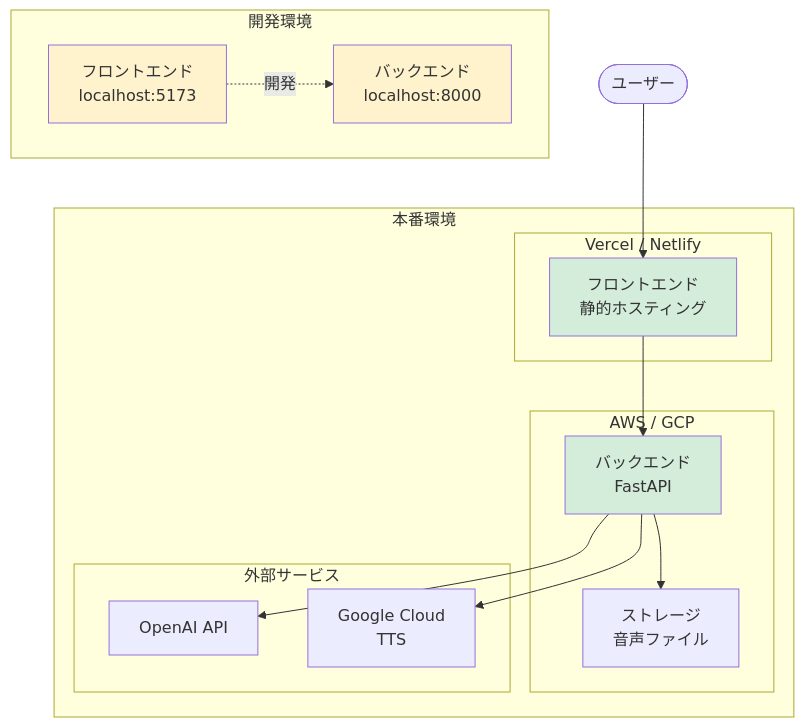
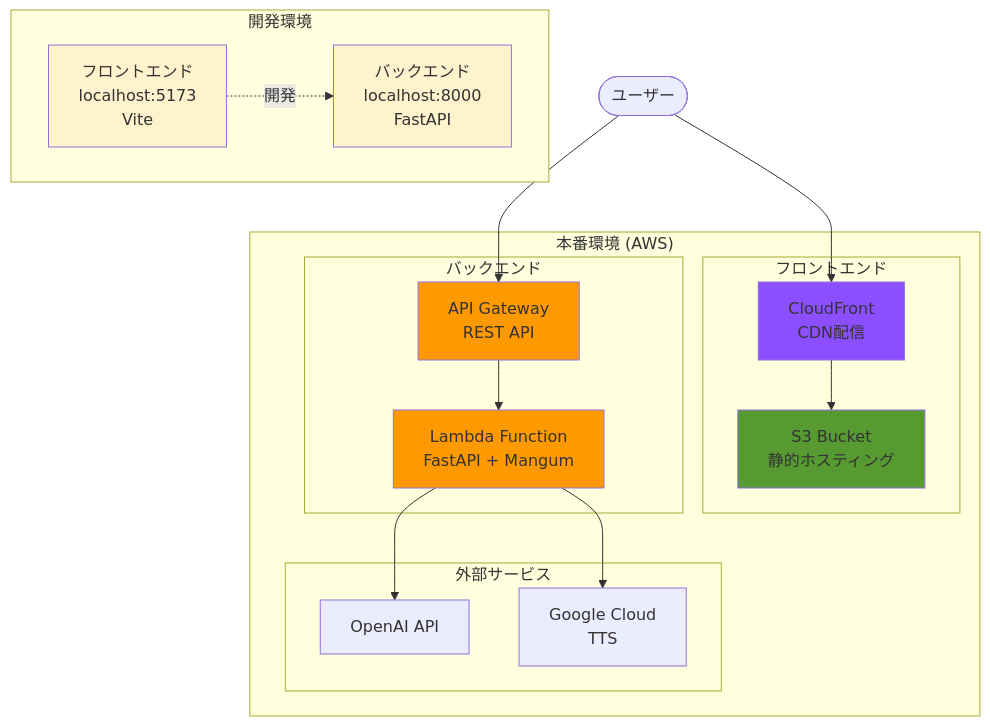
The first of 2 diagrams in document/14-デプロイメント.md (bucq/ai-avater), drawn with Mermaid before and after one commit. The commit also changed other lines of this file and 49 other files, not shown here.

````diff
--- a/document/14-デプロイメント.md
+++ b/document/14-デプロイメント.md
@@ -9,36 +9,40 @@
 ```mermaid
 graph TB
     subgraph "開発環境"
-        DevFE[フロントエンド<br/>localhost:5173]
-        DevBE[バックエンド<br/>localhost:8000]
+        DevFE[フロントエンド<br/>localhost:5173<br/>Vite]
+        DevBE[バックエンド<br/>localhost:8000<br/>FastAPI]
     end
-    
-    subgraph "本番環境"
-        subgraph "Vercel / Netlify"
-            ProdFE[フロントエンド<br/>静的ホスティング]
+
+    subgraph "本番環境 (AWS)"
+        subgraph "フロントエンド"
+            S3[S3 Bucket<br/>静的ホスティング]
+            CF[CloudFront<br/>CDN配信]
         end
-        
-        subgraph "AWS / GCP"
-            ProdBE[バックエンド<br/>FastAPI]
-            Storage[ストレージ<br/>音声ファイル]
+
+        subgraph "バックエンド"
+            APIGW[API Gateway<br/>REST API]
+            Lambda[Lambda Function<br/>FastAPI + Mangum]
         end
-        
+
         subgraph "外部サービス"
             OpenAI[OpenAI API]
             GCS[Google Cloud<br/>TTS]
         end
     end
-    
-    User([ユーザー]) --> ProdFE
-    ProdFE --> ProdBE
-    ProdBE --> OpenAI
-    ProdBE --> GCS
-    ProdBE --> Storage
-    
+
+    User([ユーザー]) --> CF
+    CF --> S3
+    User --> APIGW
+    APIGW --> Lambda
+    Lambda --> OpenAI
+    Lambda --> GCS
+
     DevFE -.開発.-> DevBE
-    
+
     style DevFE fill:#fff3cd
     style DevBE fill:#fff3cd
-    style ProdFE fill:#d4edda
-    style ProdBE fill:#d4edda
+    style S3 fill:#569A31
+    style CF fill:#8C4FFF
+    style APIGW fill:#FF9900
+    style Lambda fill:#FF9900
 ```
````
